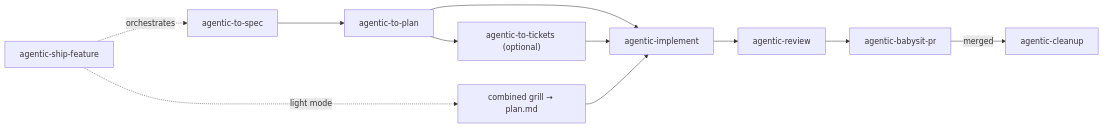
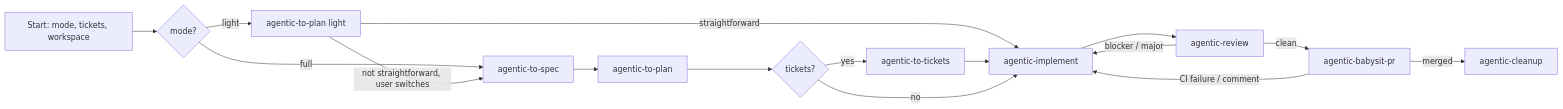
The first of 2 diagrams in README.md (JohannWilfridCalixte/agent-skills), drawn with Mermaid before and after one commit. The commit also changed other lines of this file and 3 other files, not shown here.

````diff
--- a/README.md
+++ b/README.md
@@ -65,14 +294,17 @@
 ```mermaid
 flowchart LR
-    spec[agentic-to-spec] --> plan[agentic-to-plan]
-    plan --> tickets["agentic-to-tickets (optional)"]
-    plan --> implement[agentic-implement]
-    tickets --> implement
+    start[Start: mode, tickets, workspace] --> mode{mode?}
+    mode -- full --> spec[agentic-to-spec]
+    mode -- light --> light[agentic-to-plan light]
+    light -- straightforward --> implement
+    light -- not straightforward, user switches --> spec
+    spec --> plan[agentic-to-plan]
+    plan --> q{tickets?}
+    q -- yes --> tickets[agentic-to-tickets] --> implement
+    q -- no --> implement[agentic-implement]
     implement --> review[agentic-review]
-    review --> babysit[agentic-babysit-pr]
+    review -- blocker / major --> implement
+    review -- clean --> babysit[agentic-babysit-pr]
+    babysit -- CI failure / comment --> implement
     babysit -- merged --> cleanup[agentic-cleanup]
-
-    ship[agentic-ship-feature] -. orchestrates .-> spec
-    ship -. light mode .-> light["combined grill → plan.md"]
-    light --> implement
 ```
````
